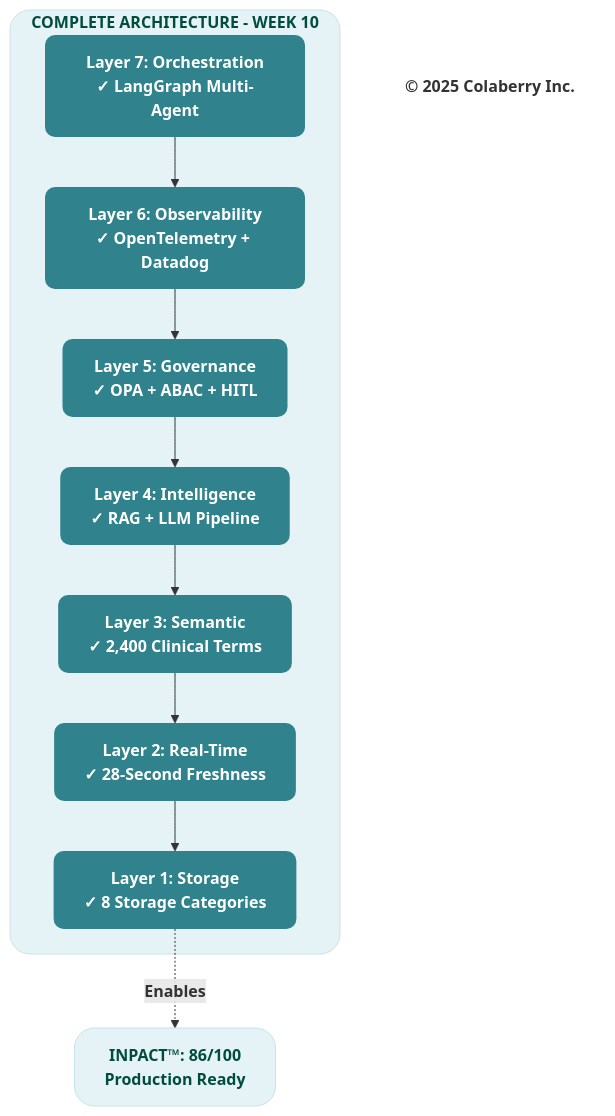
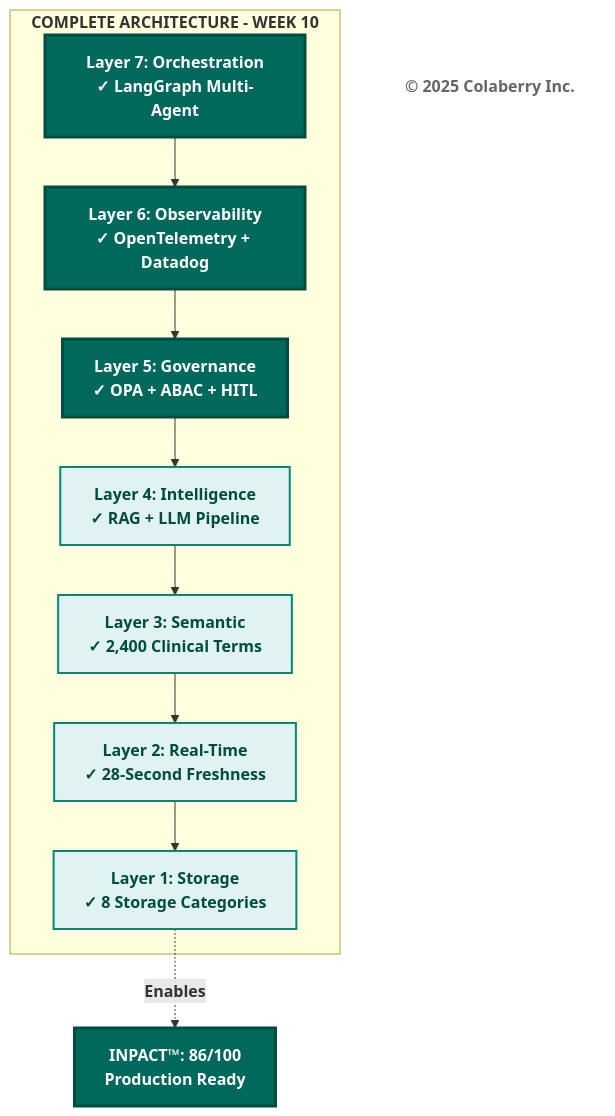
One commit to saitejesh-cyber/trust-before-intelligence-book changed diagram 13 of 14 in manuscript/07_chapter_6_transparency_orchestration_layers.md. Above: the diagram before and after it, drawn with Mermaid. The commit also changed other lines of this file and 12 other files, not shown here.

Commit message:
Restore legacy Mermaid styles for Option 1

````diff
--- a/manuscript/07_chapter_6_transparency_orchestration_layers.md
+++ b/manuscript/07_chapter_6_transparency_orchestration_layers.md
@@ -1240,30 +1233,29 @@
 ```mermaid
 graph TB
-    subgraph COMPLETE_ARCH["<b>COMPLETE ARCHITECTURE - WEEK 10</b>"]
+    subgraph "<b>COMPLETE ARCHITECTURE - WEEK 10</b>"
         L7["<b>Layer 7: Orchestration</b><br/><b>✓ LangGraph Multi-Agent</b>"]
         L6["<b>Layer 6: Observability</b><br/><b>✓ OpenTelemetry + Datadog</b>"]
         L5["<b>Layer 5: Governance</b><br/><b>✓ OPA + ABAC + HITL</b>"]
         L4["<b>Layer 4: Intelligence</b><br/><b>✓ RAG + LLM Pipeline</b>"]
         L3["<b>Layer 3: Semantic</b><br/><b>✓ 2,400 Clinical Terms</b>"]
         L2["<b>Layer 2: Real-Time</b><br/><b>✓ 28-Second Freshness</b>"]
         L1["<b>Layer 1: Storage</b><br/><b>✓ 8 Storage Categories</b>"]
     end
     
     INPACT["<b>INPACT™: 86/100</b><br/><b>Production Ready</b>"]
     
     Copyright["<b>© 2025 Colaberry Inc.</b>"]
     
     L7 --> L6 --> L5 --> L4 --> L3 --> L2 --> L1
     L1 -.->|<b>Enables</b>| INPACT
     
-    style L7 fill:#30838C,stroke:none,color:#ffffff,rx:10,ry:10
-    style L6 fill:#30838C,stroke:none,color:#ffffff,rx:10,ry:10
-    style L5 fill:#30838C,stroke:none,color:#ffffff,rx:10,ry:10
-    style L4 fill:#30838C,stroke:none,color:#ffffff,rx:10,ry:10
-    style L3 fill:#30838C,stroke:none,color:#ffffff,rx:10,ry:10
-    style L2 fill:#30838C,stroke:none,color:#ffffff,rx:10,ry:10
-    style L1 fill:#30838C,stroke:none,color:#ffffff,rx:10,ry:10
-    style INPACT fill:#e6f3f6,stroke:#c7e3ea,stroke-width:1px,color:#004d40,rx:20,ry:20
-    style COMPLETE_ARCH fill:#e6f3f6,stroke:#c7e3ea,stroke-width:1px,color:#004d40,rx:20,ry:20
-    style Copyright fill:none,stroke:none,color:#333333
+    style L7 fill:#00695c,color:#ffffff,stroke:#004d40,stroke-width:3px
+    style L6 fill:#00695c,color:#ffffff,stroke:#004d40,stroke-width:3px
+    style L5 fill:#00695c,color:#ffffff,stroke:#004d40,stroke-width:3px
+    style L4 fill:#e0f2f1,stroke:#00897b,stroke-width:2px,color:#004d40
+    style L3 fill:#e0f2f1,stroke:#00897b,stroke-width:2px,color:#004d40
+    style L2 fill:#e0f2f1,stroke:#00897b,stroke-width:2px,color:#004d40
+    style L1 fill:#e0f2f1,stroke:#00897b,stroke-width:2px,color:#004d40
+    style INPACT fill:#00695c,color:#ffffff,stroke:#004d40,stroke-width:3px
+    style Copyright fill:#ffffff,stroke:none,color:#666666
 ```
````
